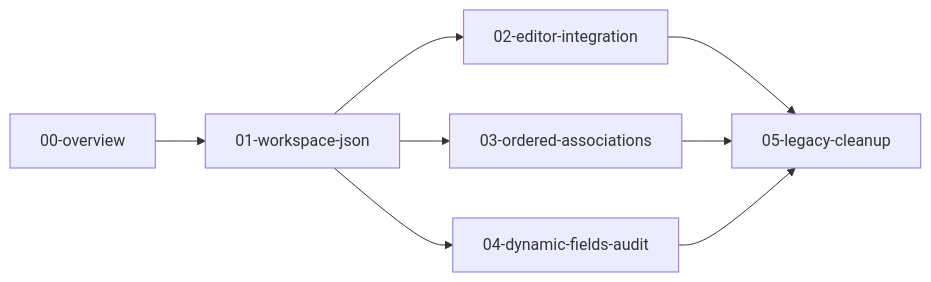
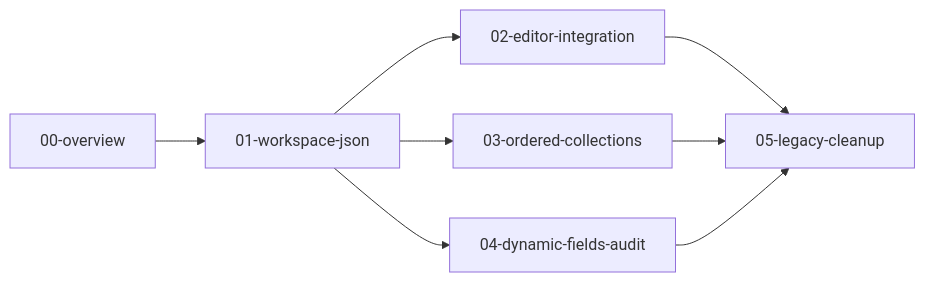
One commit to silentorb/marloth-story changed the diagram in docs/refactoring/00-overview.md. Above: the diagram before and after it, drawn with Mermaid. The commit also changed other lines of this file and 15 other files, not shown here.

Commit message:
Migrate model config to associations and ordered-collections naming to match tome.

````diff
--- a/docs/refactoring/00-overview.md
+++ b/docs/refactoring/00-overview.md
@@ -21,15 +21,15 @@
 ```mermaid
 flowchart LR
   R[00-overview]
   S1[01-workspace-json]
   S2[02-editor-integration]
-  S3[03-ordered-associations]
+  S3[03-ordered-collections]
   S4[04-dynamic-fields-audit]
   S5[05-legacy-cleanup]
   R --> S1 --> S2
   S1 --> S3
   S1 --> S4
   S2 --> S5
   S3 --> S5
   S4 --> S5
 ```
````
